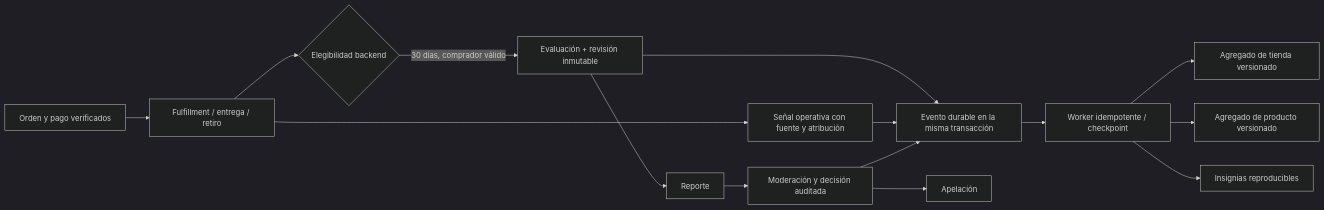
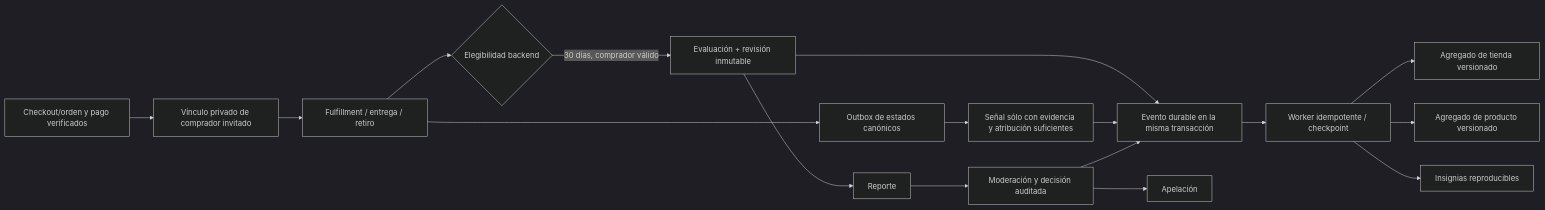
The diagram in docs/merch-reputation.md (diegueins680/tdf-app), drawn with Mermaid (dark theme) before and after one commit. The commit also changed other lines of this file and 19 other files, not shown here.

````diff
--- a/docs/merch-reputation.md
+++ b/docs/merch-reputation.md
@@ -64,17 +65,19 @@
 ```mermaid
 flowchart LR
-  O[Orden y pago verificados] --> F[Fulfillment / entrega / retiro]
+  O[Checkout/orden y pago verificados] --> C[Vínculo privado de comprador invitado]
+  C --> F[Fulfillment / entrega / retiro]
   F --> E{Elegibilidad backend}
   E -->|30 días, comprador válido| R[Evaluación + revisión inmutable]
-  F --> S[Señal operativa con fuente y atribución]
+  F --> Q[Outbox de estados canónicos]
+  Q --> S[Señal sólo con evidencia y atribución suficientes]
   R --> X[Evento durable en la misma transacción]
   S --> X
   X --> B[Worker idempotente / checkpoint]
   B --> A1[Agregado de tienda versionado]
   B --> A2[Agregado de producto versionado]
   B --> G[Insignias reproducibles]
   R --> P[Reporte]
   P --> M[Moderación y decisión auditada]
   M --> AP[Apelación]
   M --> X
 ```
````
